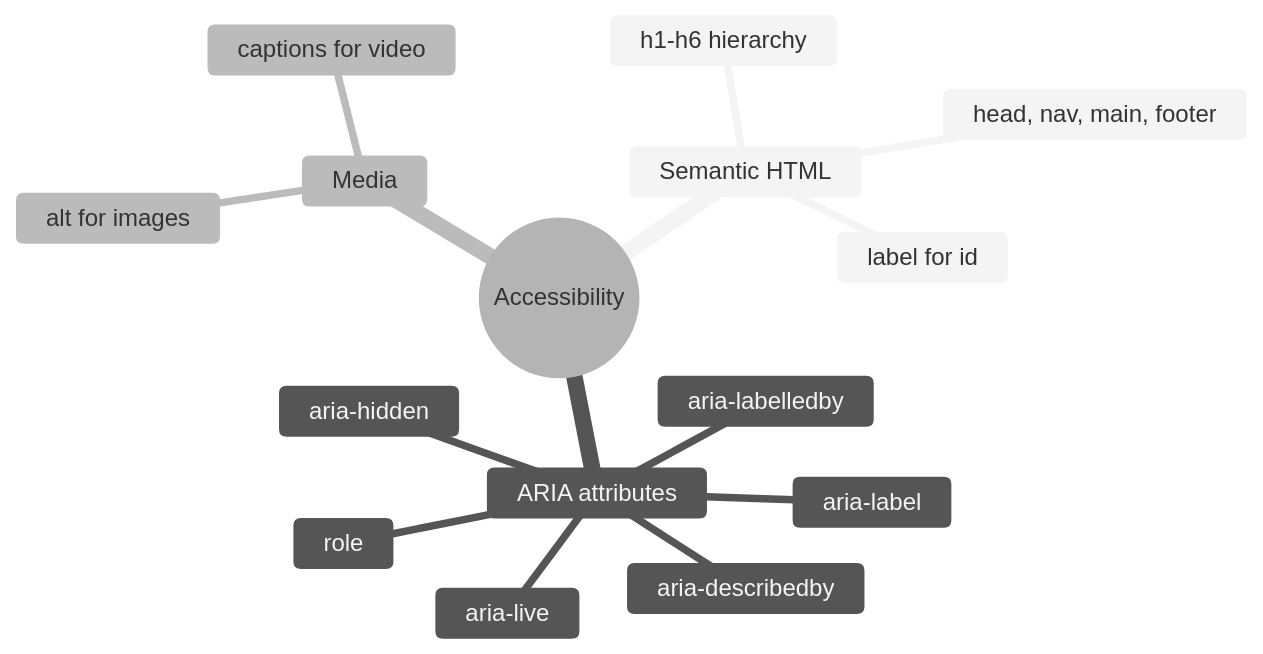
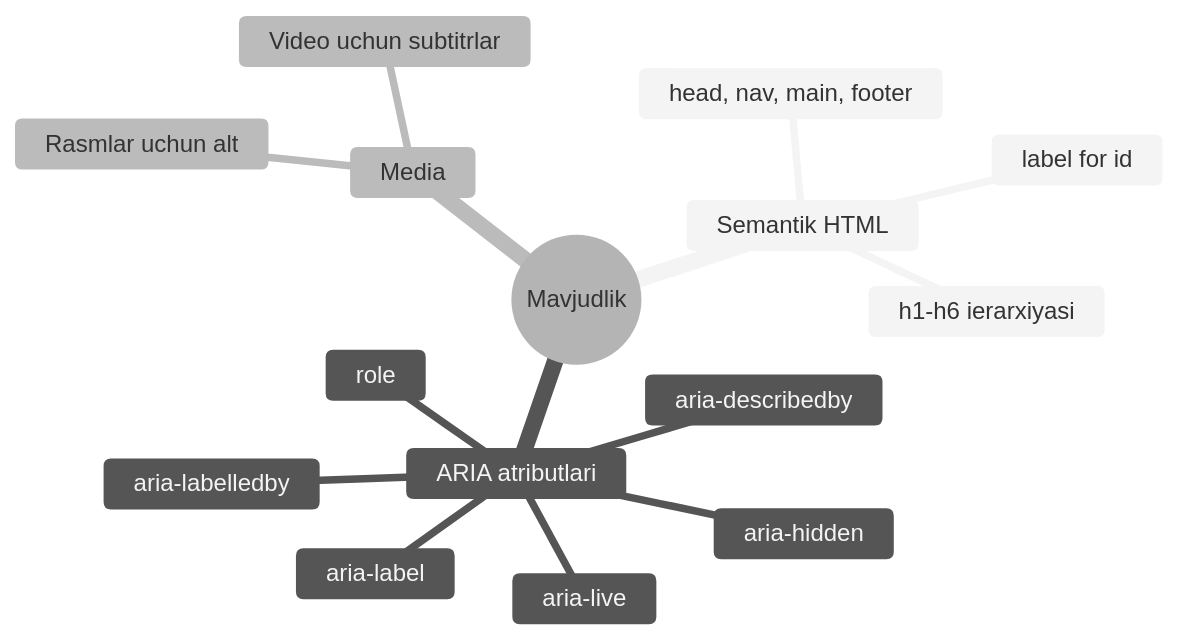
One commit to JLearn-space/HTML changed the first of 2 diagrams in Lesson-8/uz/Mavjudlik (a11y).md. Above: the diagram before and after it, drawn with Mermaid (neutral theme). The commit also changed other lines of this file and 12 other files, not shown here.

Commit message:
Fix typos, broken markdown, Mermaid diagrams, localize RU/UZ labels, rename mixed-script filename

````diff
--- a/Lesson-8/uz/Mavjudlik (a11y).md
+++ b/Lesson-8/uz/Mavjudlik (a11y).md
@@ -5,18 +5,18 @@
 ```mermaid
 mindmap
-  root((Accessibility))
-    Semantic HTML
+  root((Mavjudlik))
+    Semantik HTML
       head, nav, main, footer
-      h1-h6 hierarchy
+      h1-h6 ierarxiyasi
       label for id
-    ARIA attributes
+    ARIA atributlari
       role
       aria-label
       aria-labelledby
       aria-describedby
       aria-hidden
       aria-live
     Media
-      alt for images
-      captions for video
+      Rasmlar uchun alt
+      Video uchun subtitrlar
 ```
````
